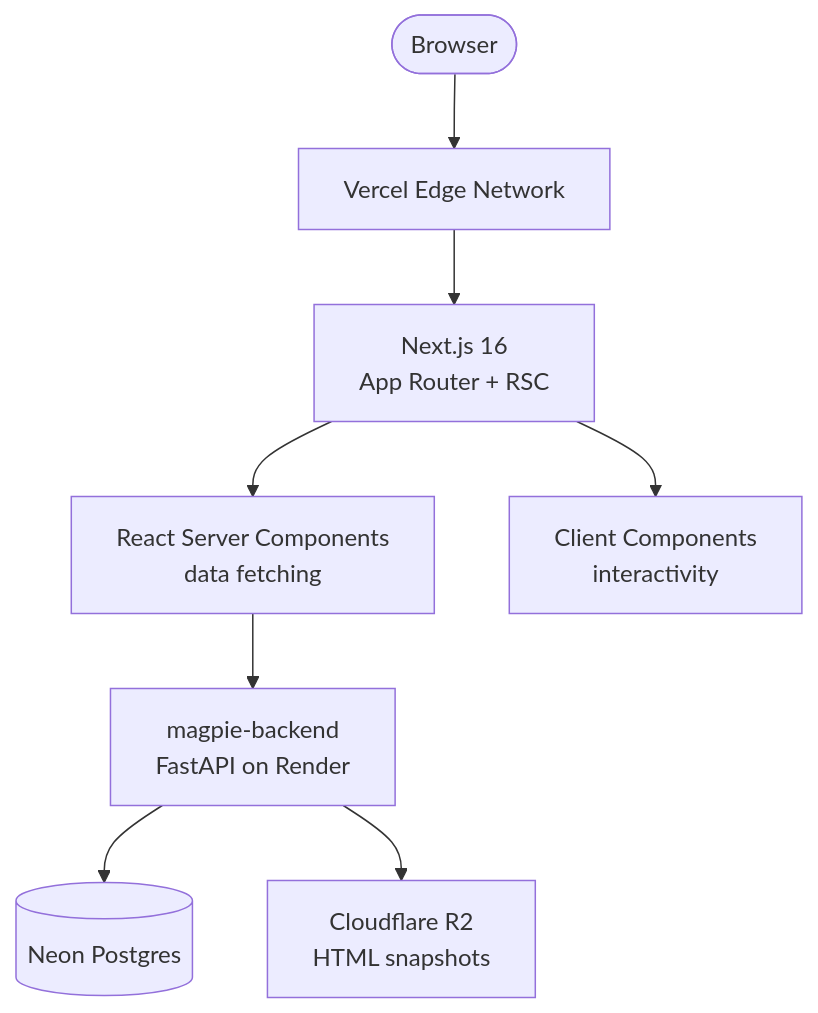
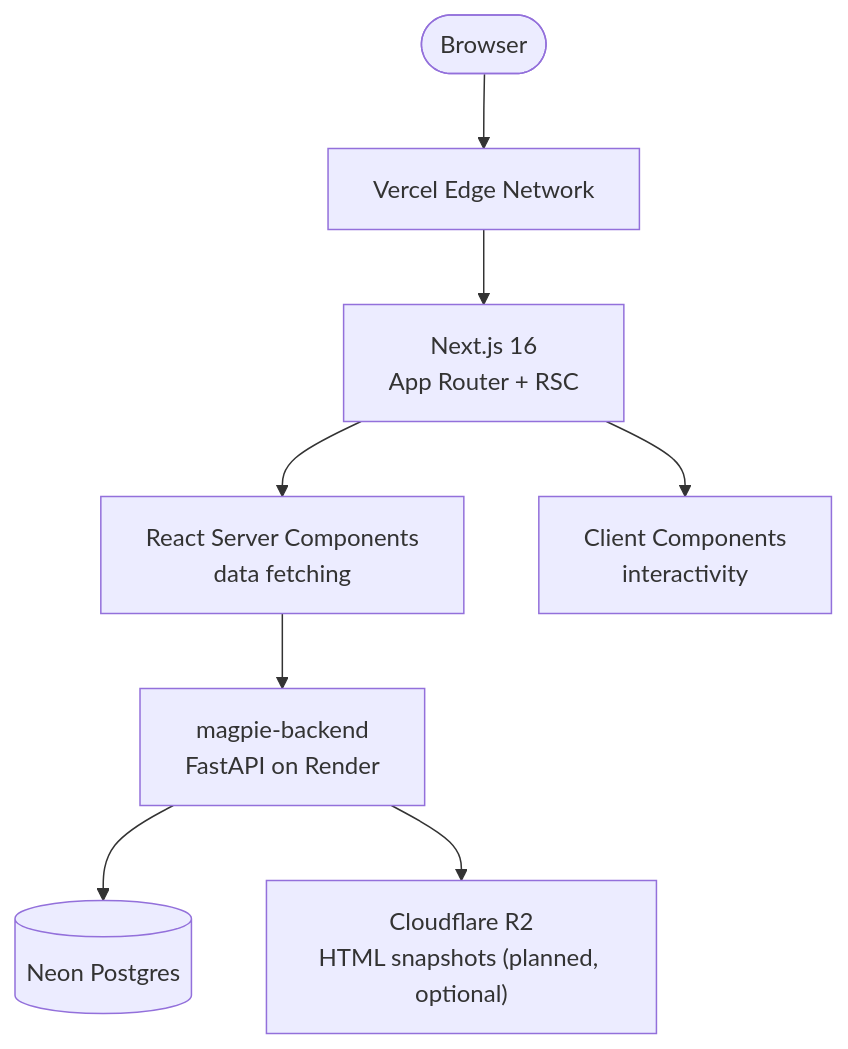
The first of 2 diagrams in README.md (Abdul-Muizz1310/magpie-frontend), drawn with Mermaid before and after one commit. The commit also changed other lines of this file and 7 other files, not shown here.

````diff
--- a/README.md
+++ b/README.md
@@ -62,10 +62,10 @@
 ```mermaid
 flowchart TD
     Browser([Browser]) --> Vercel[Vercel Edge Network]
     Vercel --> Next["Next.js 16<br/>App Router + RSC"]
     Next --> RSC["React Server Components<br/>data fetching"]
     RSC --> API["magpie-backend<br/>FastAPI on Render"]
     API --> DB[("Neon Postgres")]
-    API --> R2["Cloudflare R2<br/>HTML snapshots"]
+    API --> R2["Cloudflare R2<br/>HTML snapshots (planned, optional)"]
     Next --> Client["Client Components<br/>interactivity"]
 ```
````
